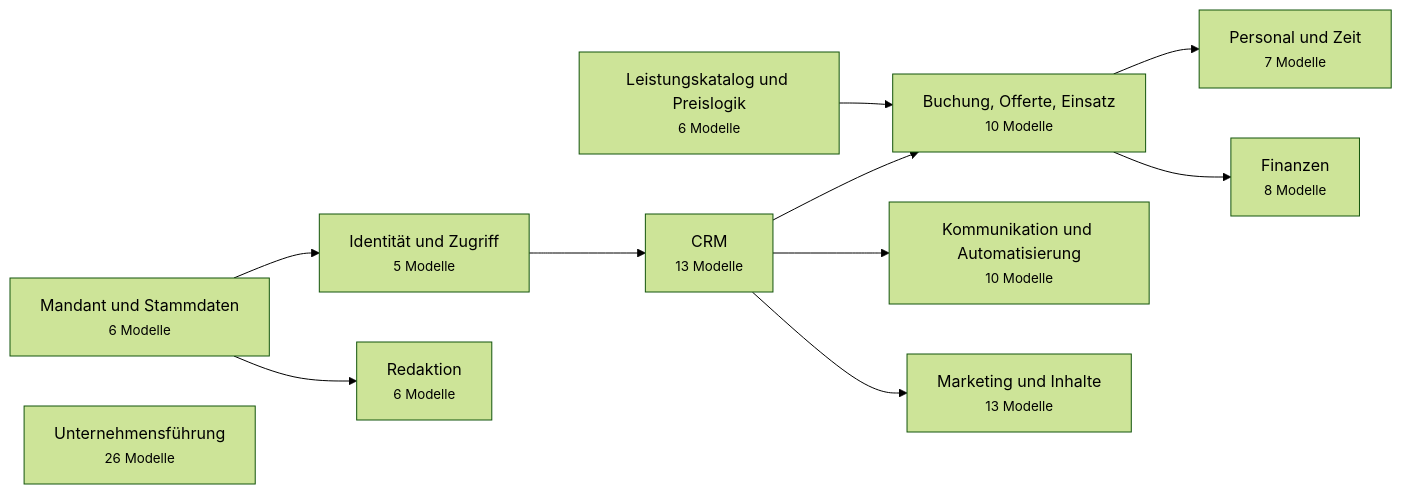
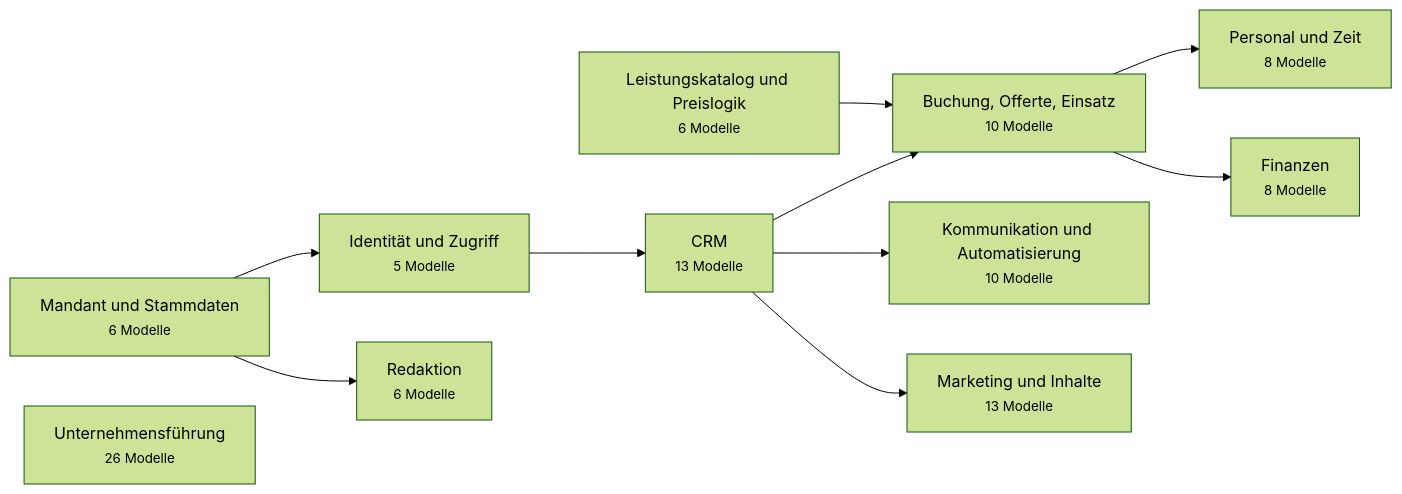
One commit to javadqasemi/Clenaris changed the first of 12 diagrams in docs/DATABASE.md. Above: the diagram before and after it, drawn with Mermaid (forest theme). The commit also changed other lines of this file and 65 other files, not shown here.

````diff
--- a/docs/DATABASE.md
+++ b/docs/DATABASE.md
@@ -36,23 +36,23 @@
 ```mermaid
 flowchart LR
   stammdaten["Mandant und Stammdaten<br/><small>6 Modelle</small>"]
   identitaet["Identität und Zugriff<br/><small>5 Modelle</small>"]
   crm["CRM<br/><small>13 Modelle</small>"]
   katalog["Leistungskatalog und Preislogik<br/><small>6 Modelle</small>"]
   auftrag["Buchung, Offerte, Einsatz<br/><small>10 Modelle</small>"]
-  personal["Personal und Zeit<br/><small>7 Modelle</small>"]
+  personal["Personal und Zeit<br/><small>8 Modelle</small>"]
   finanzen["Finanzen<br/><small>8 Modelle</small>"]
   kommunikation["Kommunikation und Automatisierung<br/><small>10 Modelle</small>"]
   marketing["Marketing und Inhalte<br/><small>13 Modelle</small>"]
   redaktion["Redaktion<br/><small>6 Modelle</small>"]
   fuehrung["Unternehmensführung<br/><small>26 Modelle</small>"]
   stammdaten --> identitaet
   identitaet --> crm
   crm --> auftrag
   katalog --> auftrag
   auftrag --> personal
   auftrag --> finanzen
   crm --> kommunikation
   crm --> marketing
   stammdaten --> redaktion
 ```
````
